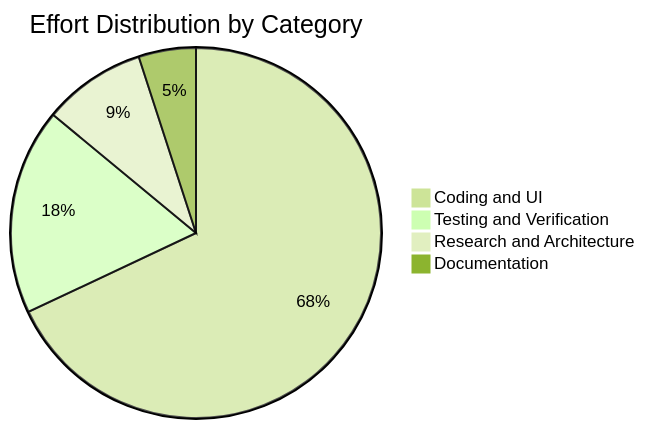
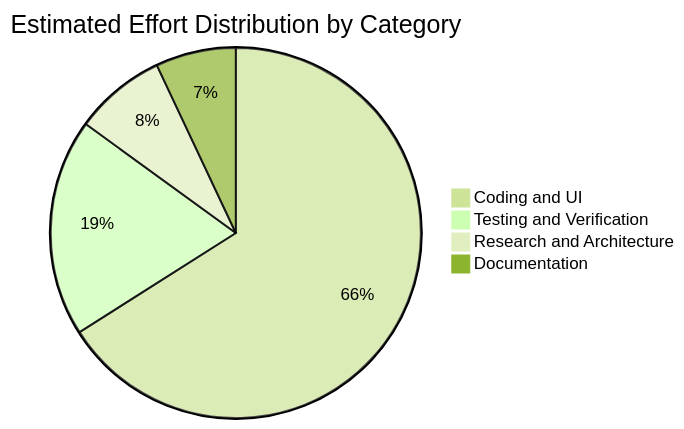
The first of 2 diagrams in docs/PROJECT_SUMMARY.md (roger64s/CodeWithKris), drawn with Mermaid (forest theme) before and after one commit. The commit also changed other lines of this file and 24 other files, not shown here.

Commit message:
Update project metrics and chart summaries

````diff
--- a/docs/PROJECT_SUMMARY.md
+++ b/docs/PROJECT_SUMMARY.md
@@ -24,7 +24,7 @@
 ```mermaid
-pie title Effort Distribution by Category
-    "Coding and UI" : 68
-    "Testing and Verification" : 18
-    "Research and Architecture" : 9
-    "Documentation" : 5
+pie title Estimated Effort Distribution by Category
+    "Coding and UI" : 66
+    "Testing and Verification" : 19
+    "Research and Architecture" : 8
+    "Documentation" : 7
 ```
````
